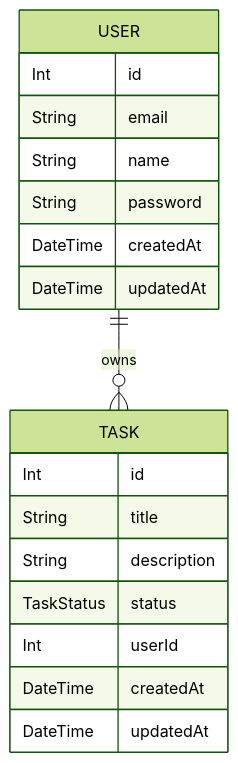
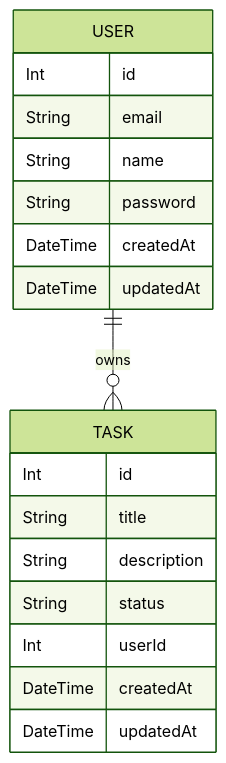
The fourth of 6 diagrams in README.md (Arbab-ofc/DashFlow), drawn with Mermaid (forest theme) before and after one commit.

Commit message:
Fix ER diagram status type

````diff
--- a/README.md
+++ b/README.md
@@ -97,21 +97,21 @@
 ```mermaid
 erDiagram
   USER {
     Int id
     String email
     String name
     String password
     DateTime createdAt
     DateTime updatedAt
   }
   TASK {
     Int id
     String title
     String description
-    TaskStatus status
+    String status
     Int userId
     DateTime createdAt
     DateTime updatedAt
   }
   USER ||--o{ TASK : owns
 ```
````
